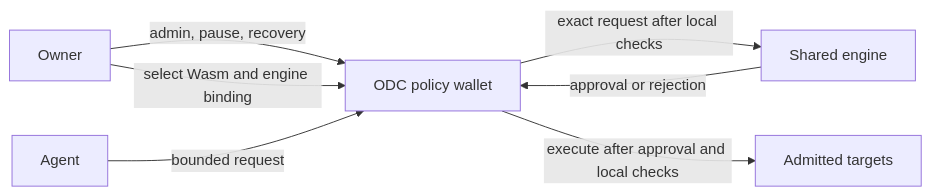
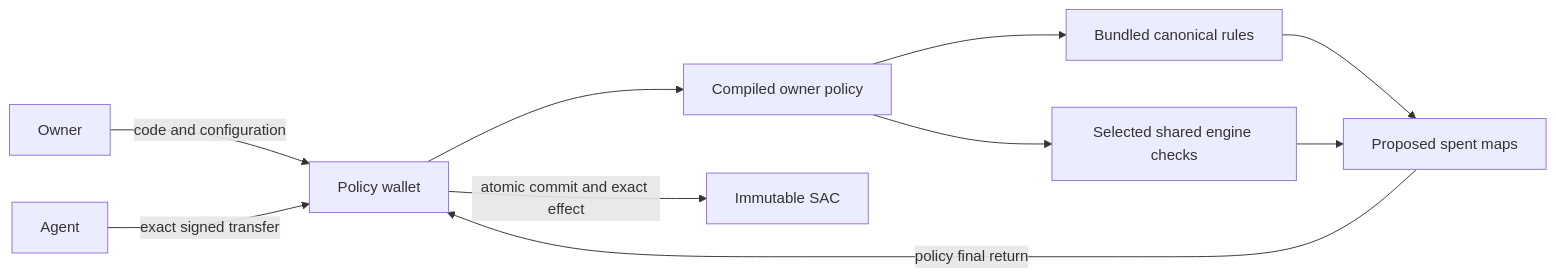
One commit to AllowIt-hq/allowit-contracts-stellar changed the diagram in docs/architecture.md. Above: the diagram before and after it, drawn with Mermaid. The commit also changed other lines of this file and 32 other files, not shown here.

Commit message:
Execute functional policy state with planned canonical rule placement

````diff
--- a/docs/architecture.md
+++ b/docs/architecture.md
@@ -9,9 +6,12 @@
 ```mermaid
 flowchart LR
-    O[Owner] -->|admin, pause, recovery| W[ODC policy wallet]
-    O -->|select Wasm and engine binding| W
-    A[Agent] -->|bounded request| W
-    W -->|exact request after local checks| E[Shared engine]
-    E -->|approval or rejection| W
-    W -->|execute after approval and local checks| T[Admitted targets]
+    O[Owner] -->|code and configuration| W[Policy wallet]
+    A[Agent] -->|exact signed transfer| W
+    W --> P[Compiled owner policy]
+    P --> L[Bundled canonical rules]
+    P --> E[Selected shared engine checks]
+    L --> R[Proposed spent maps]
+    E --> R
+    R -->|policy final return| W
+    W -->|atomic commit and exact effect| T[Immutable SAC]
 ```
````
